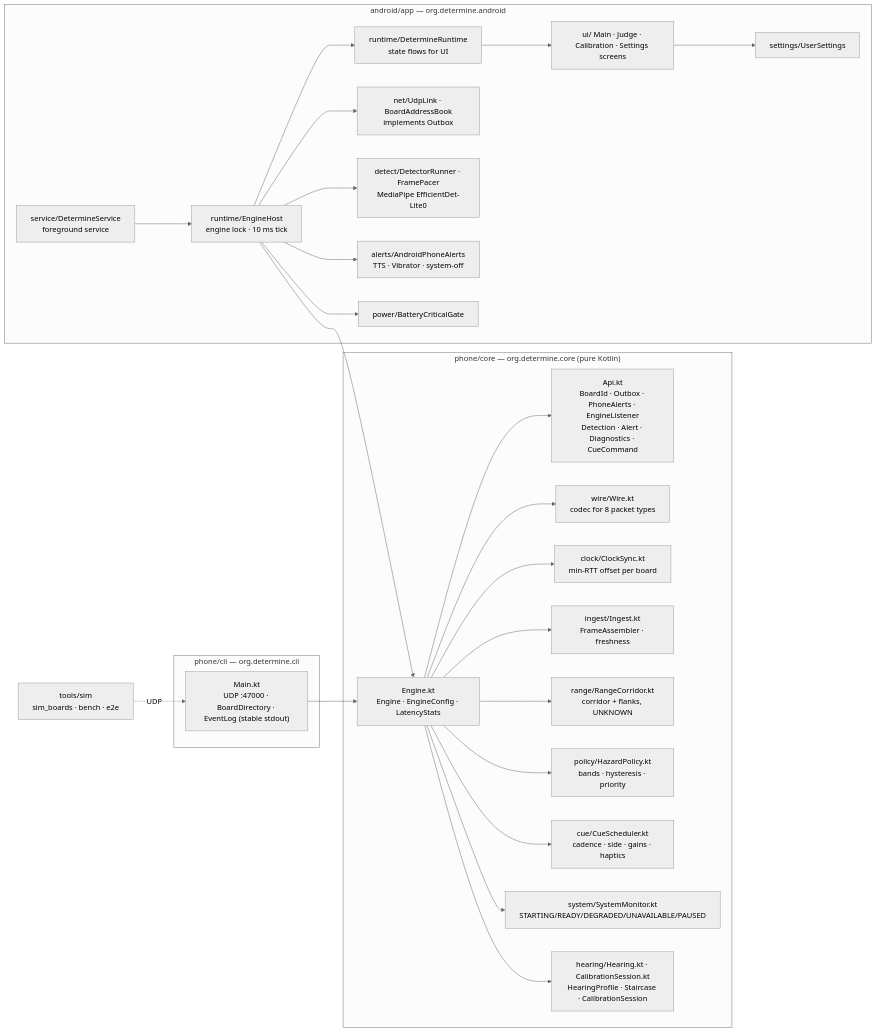
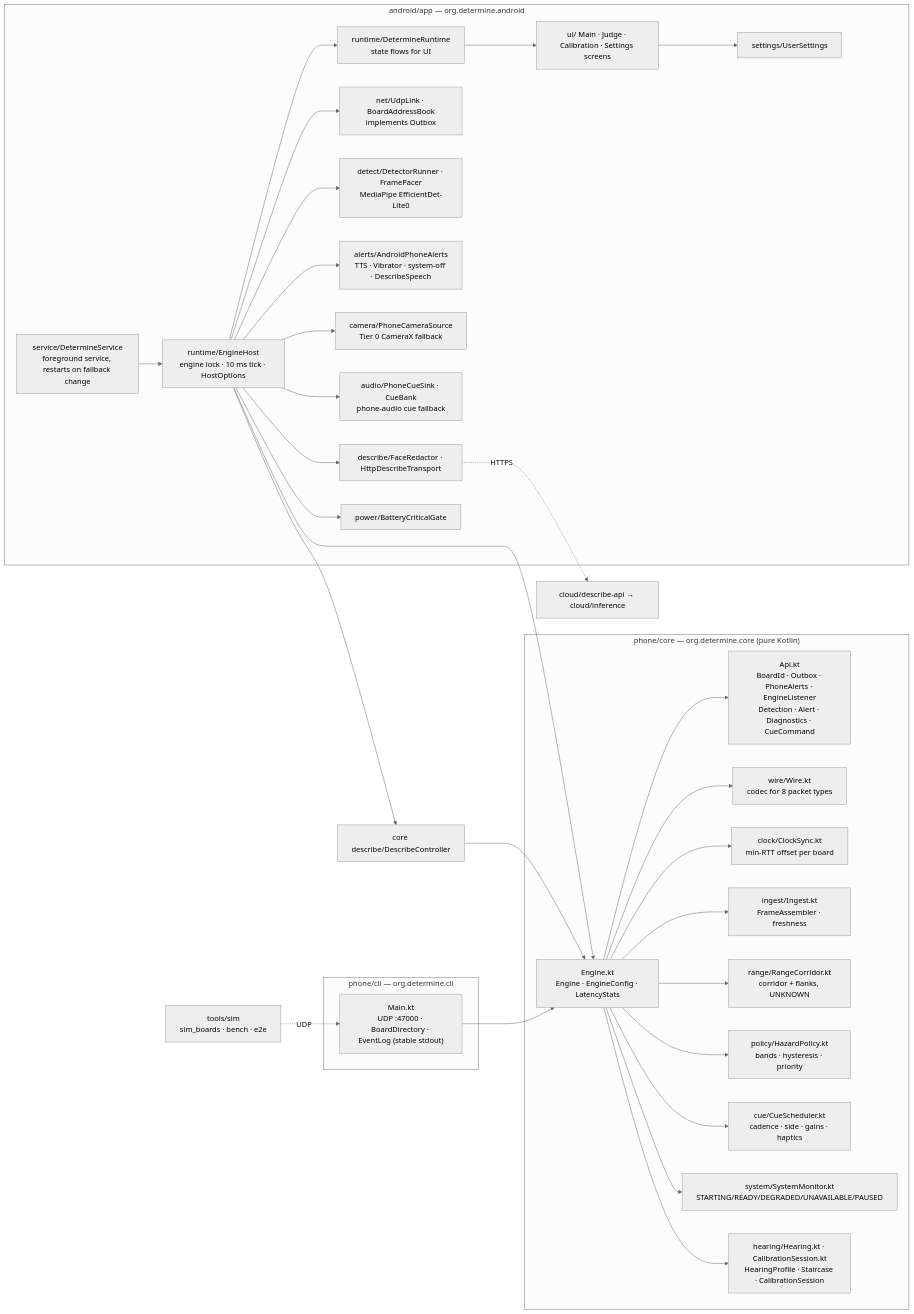
The ninth of 9 diagrams in docs/flows/software.md (nunera/Determine), drawn with Mermaid (neutral theme) before and after one commit. The commit also changed other lines of this file and 10 other files, not shown here.

Commit message:
Update diagrams, README and Architecture §7.3 for the Describe implementation

````diff
--- a/docs/flows/software.md
+++ b/docs/flows/software.md
@@ -229,39 +236,46 @@
 ```mermaid
 flowchart LR
   subgraph core["phone/core — org.determine.core (pure Kotlin)"]
     API["Api.kt<br/>BoardId · Outbox · PhoneAlerts · EngineListener<br/>Detection · Alert · Diagnostics · CueCommand"]
     ENG["Engine.kt<br/>Engine · EngineConfig · LatencyStats"]
     WIRE["wire/Wire.kt<br/>codec for 8 packet types"]
     CLK["clock/ClockSync.kt<br/>min-RTT offset per board"]
     ING["ingest/Ingest.kt<br/>FrameAssembler · freshness"]
     RNG["range/RangeCorridor.kt<br/>corridor + flanks, UNKNOWN"]
     POL["policy/HazardPolicy.kt<br/>bands · hysteresis · priority"]
     CUE["cue/CueScheduler.kt<br/>cadence · side · gains · haptics"]
     SYS["system/SystemMonitor.kt<br/>STARTING/READY/DEGRADED/UNAVAILABLE/PAUSED"]
     HEAR["hearing/Hearing.kt · CalibrationSession.kt<br/>HearingProfile · Staircase · CalibrationSession"]
   end
   ENG --> WIRE & CLK & ING & RNG & POL & CUE & SYS & HEAR
   ENG --> API
   subgraph cli["phone/cli — org.determine.cli"]
     MAIN["Main.kt<br/>UDP :47000 · BoardDirectory · EventLog (stable stdout)"]
   end
   MAIN --> ENG
   subgraph app["android/app — org.determine.android"]
-    SVC["service/DetermineService<br/>foreground service"]
-    HOST["runtime/EngineHost<br/>engine lock · 10 ms tick"]
+    SVC["service/DetermineService<br/>foreground service, restarts on fallback change"]
+    HOST["runtime/EngineHost<br/>engine lock · 10 ms tick · HostOptions"]
     RT["runtime/DetermineRuntime<br/>state flows for UI"]
     UDP["net/UdpLink · BoardAddressBook<br/>implements Outbox"]
     DET["detect/DetectorRunner · FramePacer<br/>MediaPipe EfficientDet-Lite0"]
-    ALR["alerts/AndroidPhoneAlerts<br/>TTS · Vibrator · system-off"]
+    ALR["alerts/AndroidPhoneAlerts<br/>TTS · Vibrator · system-off · DescribeSpeech"]
+    CAMS["camera/PhoneCameraSource<br/>Tier 0 CameraX fallback"]
+    CUES["audio/PhoneCueSink · CueBank<br/>phone-audio cue fallback"]
+    DSC["describe/FaceRedactor · HttpDescribeTransport"]
     PWR["power/BatteryCriticalGate"]
     UI["ui/ Main · Judge · Calibration · Settings screens"]
     SET["settings/UserSettings"]
   end
+  DESC["core describe/DescribeController"]
   SVC --> HOST
   HOST --> ENG
-  HOST --> UDP & DET & ALR & PWR
+  HOST --> DESC
+  DESC --> ENG
+  HOST --> UDP & DET & ALR & PWR & CAMS & CUES & DSC
   HOST --> RT
   RT --> UI
   UI --> SET
+  DSC -. HTTPS .-> CLOUD["cloud/describe-api → cloud/inference"]
   SIM["tools/sim<br/>sim_boards · bench · e2e"] -. UDP .-> MAIN
 ```
````
